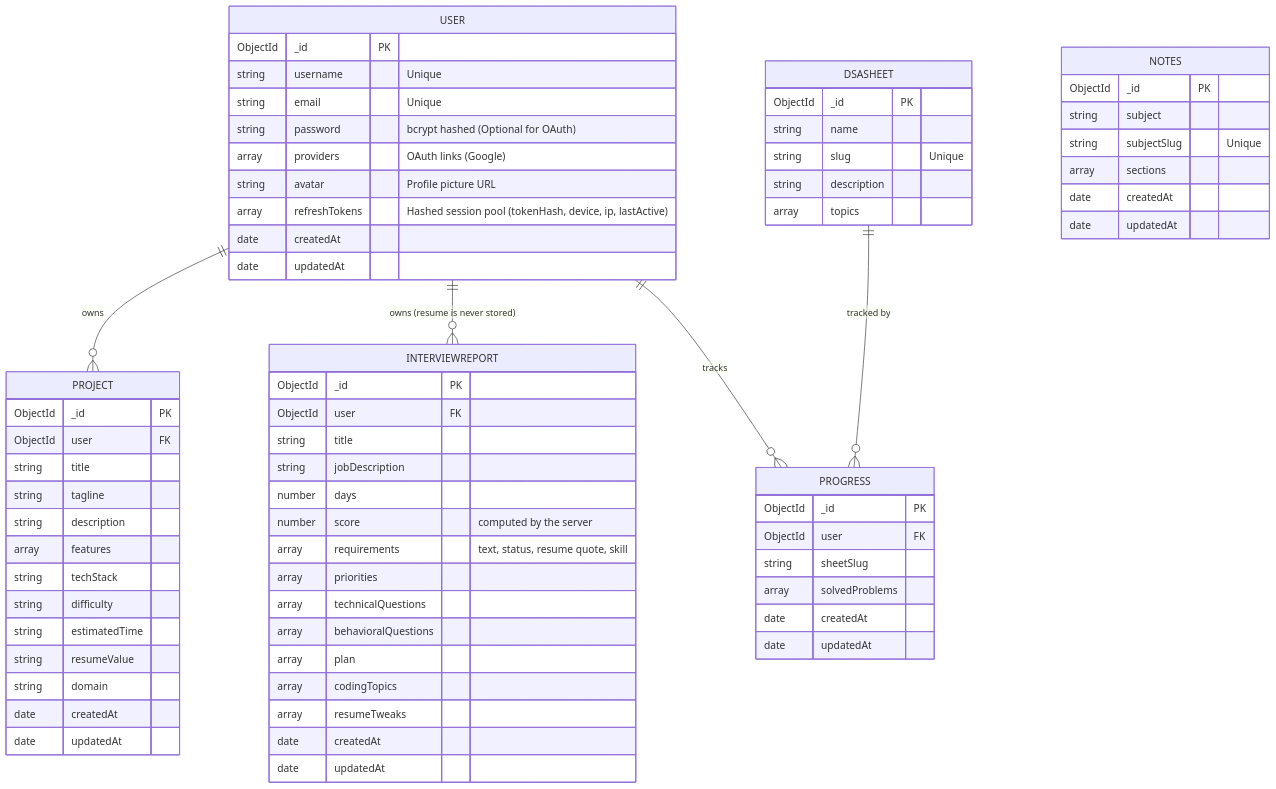
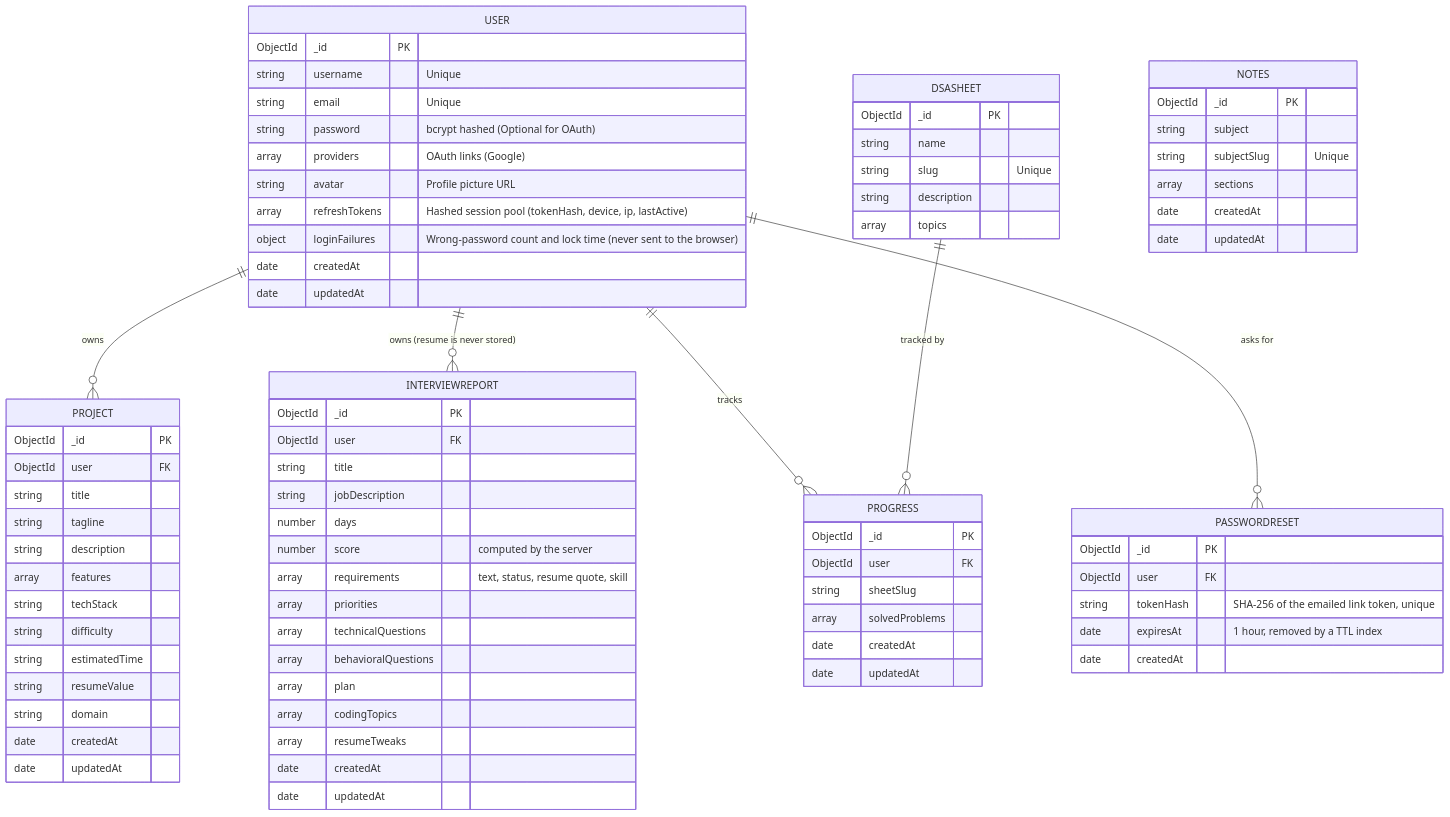
Before and after one commit to SahilSameer18/prepstack: the fourth of 4 diagrams in README.md, drawn with Mermaid. The commit also changed other lines of this file and 6 other files, not shown here.

Commit message:
chore: remove unused lucide-react, limit saved projects list to 20, update README and TESTING for login lock and password reset

````diff
--- a/README.md
+++ b/README.md
@@ -338,6 +342,7 @@
         array providers "OAuth links (Google)"
         string avatar "Profile picture URL"
         array refreshTokens "Hashed session pool (tokenHash, device, ip, lastActive)"
+        object loginFailures "Wrong-password count and lock time (never sent to the browser)"
         date createdAt
         date updatedAt
     }
@@ -356,6 +361,14 @@
         string domain
         date createdAt
         date updatedAt
+    }
+
+    PASSWORDRESET {
+        ObjectId _id PK
+        ObjectId user FK
+        string tokenHash "SHA-256 of the emailed link token, unique"
+        date expiresAt "1 hour, removed by a TTL index"
+        date createdAt
     }
 
     DSASHEET {
@@ -405,5 +418,6 @@
     USER ||--o{ PROJECT : "owns"
     USER ||--o{ INTERVIEWREPORT : "owns (resume is never stored)"
     USER ||--o{ PROGRESS : "tracks"
+    USER ||--o{ PASSWORDRESET : "asks for"
     DSASHEET ||--o{ PROGRESS : "tracked by"
 ```
````
